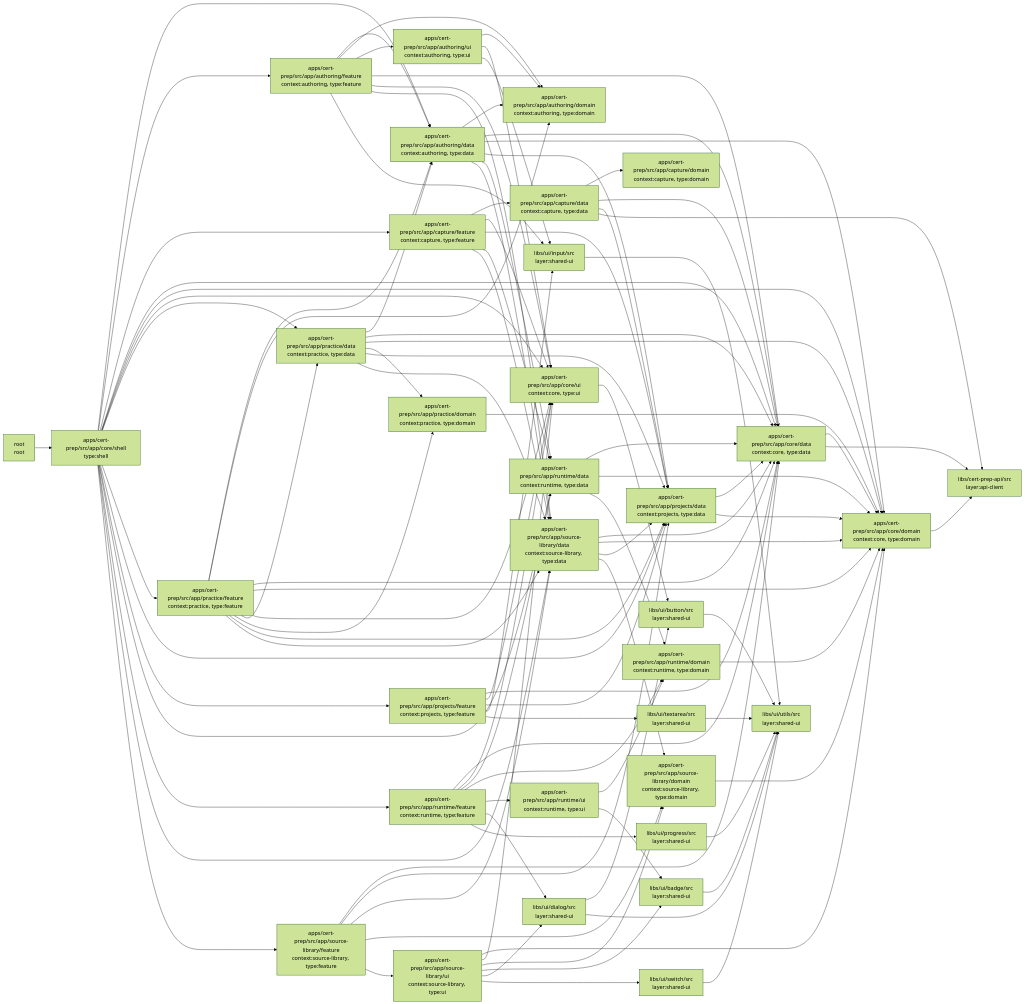
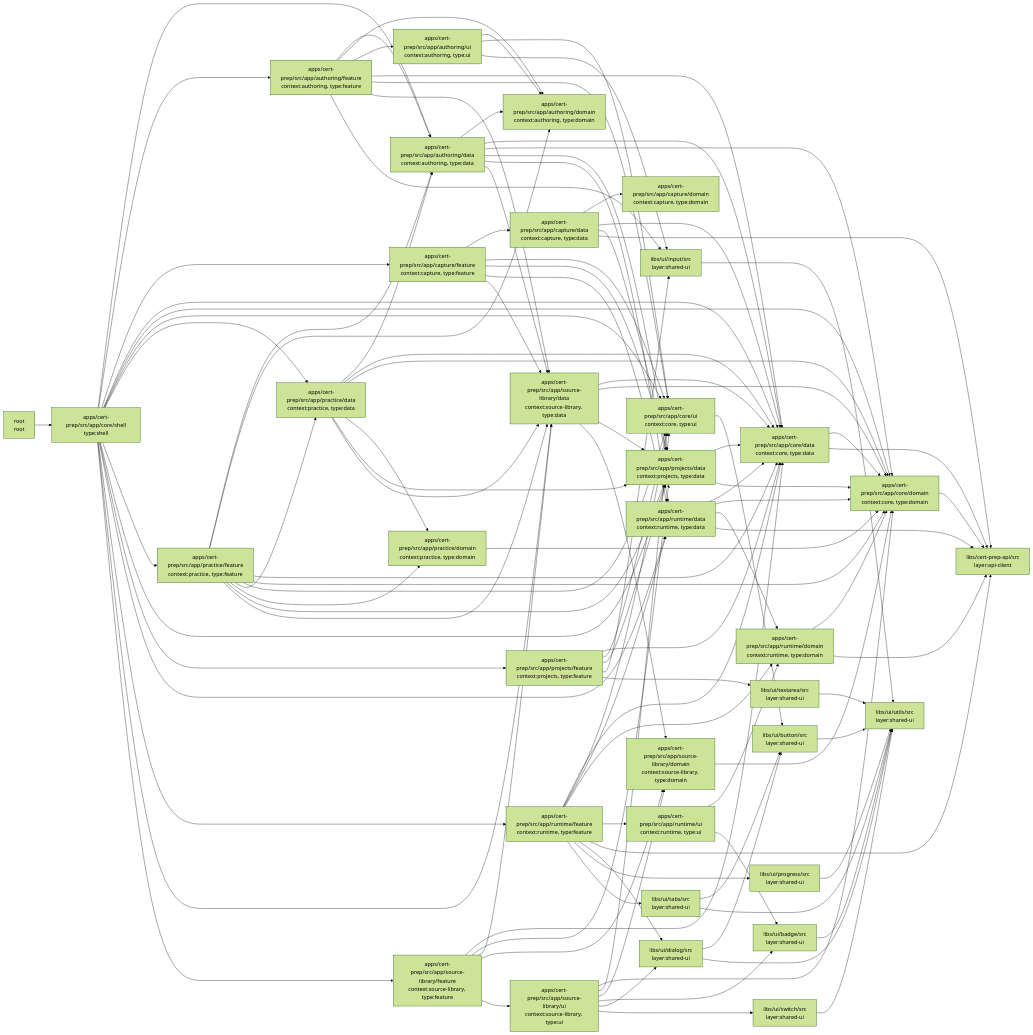
One commit to WodenWang820118/cert-prep changed the diagram in docs/architecture/ui-modules.md. Above: the diagram before and after it, drawn with Mermaid (forest theme). The commit also changed 30 other files, not shown here.

````diff
--- a/docs/architecture/ui-modules.md
+++ b/docs/architecture/ui-modules.md
@@ -36,6 +36,7 @@
   n_libs_ui_input_src["libs/ui/input/src<br/>layer:shared-ui"]
   n_libs_ui_progress_src["libs/ui/progress/src<br/>layer:shared-ui"]
   n_libs_ui_switch_src["libs/ui/switch/src<br/>layer:shared-ui"]
+  n_libs_ui_tabs_src["libs/ui/tabs/src<br/>layer:shared-ui"]
   n_libs_ui_textarea_src["libs/ui/textarea/src<br/>layer:shared-ui"]
   n_libs_ui_utils_src["libs/ui/utils/src<br/>layer:shared-ui"]
   n_root["root<br/>root"]
@@ -108,14 +109,18 @@
   n_apps_cert_prep_src_app_runtime_data --> n_apps_cert_prep_src_app_core_data
   n_apps_cert_prep_src_app_runtime_data --> n_apps_cert_prep_src_app_core_domain
   n_apps_cert_prep_src_app_runtime_data --> n_apps_cert_prep_src_app_runtime_domain
+  n_apps_cert_prep_src_app_runtime_data --> n_libs_cert_prep_api_src
   n_apps_cert_prep_src_app_runtime_domain --> n_apps_cert_prep_src_app_core_domain
+  n_apps_cert_prep_src_app_runtime_domain --> n_libs_cert_prep_api_src
   n_apps_cert_prep_src_app_runtime_feature --> n_apps_cert_prep_src_app_core_data
   n_apps_cert_prep_src_app_runtime_feature --> n_apps_cert_prep_src_app_core_ui
   n_apps_cert_prep_src_app_runtime_feature --> n_apps_cert_prep_src_app_runtime_data
   n_apps_cert_prep_src_app_runtime_feature --> n_apps_cert_prep_src_app_runtime_domain
   n_apps_cert_prep_src_app_runtime_feature --> n_apps_cert_prep_src_app_runtime_ui
+  n_apps_cert_prep_src_app_runtime_feature --> n_libs_cert_prep_api_src
   n_apps_cert_prep_src_app_runtime_feature --> n_libs_ui_dialog_src
   n_apps_cert_prep_src_app_runtime_feature --> n_libs_ui_progress_src
+  n_apps_cert_prep_src_app_runtime_feature --> n_libs_ui_tabs_src
   n_apps_cert_prep_src_app_runtime_ui --> n_apps_cert_prep_src_app_runtime_domain
   n_apps_cert_prep_src_app_runtime_ui --> n_libs_ui_badge_src
   n_apps_cert_prep_src_app_source_library_data --> n_apps_cert_prep_src_app_core_data
@@ -141,6 +146,8 @@
   n_libs_ui_input_src --> n_libs_ui_utils_src
   n_libs_ui_progress_src --> n_libs_ui_utils_src
   n_libs_ui_switch_src --> n_libs_ui_utils_src
+  n_libs_ui_tabs_src --> n_libs_ui_button_src
+  n_libs_ui_tabs_src --> n_libs_ui_utils_src
   n_libs_ui_textarea_src --> n_libs_ui_utils_src
   n_root --> n_apps_cert_prep_src_app_core_shell
 ```
````
